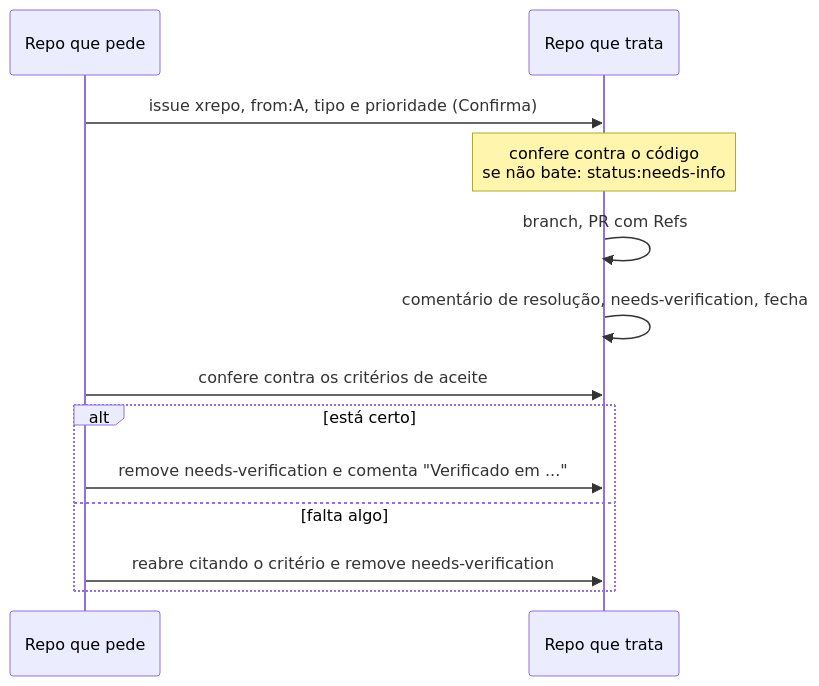
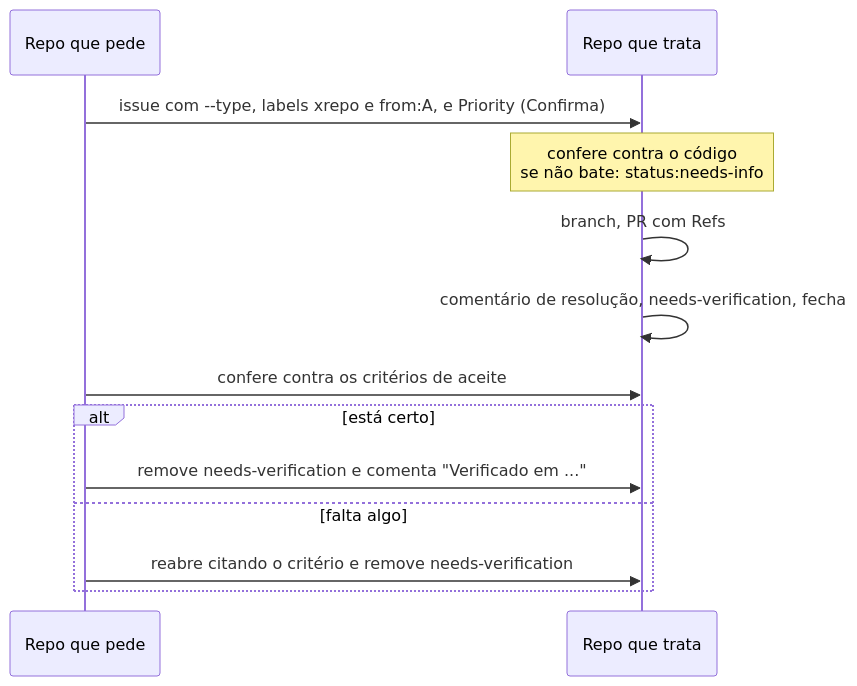
One commit to diego-castilho/dev-standards changed the tenth of 13 diagrams in docs/REGRAS.md. Above: the diagram before and after it, drawn with Mermaid. The commit also changed other lines of this file and 30 other files, not shown here.

````diff
--- a/docs/REGRAS.md
+++ b/docs/REGRAS.md
@@ -311,15 +361,15 @@
 ```mermaid
 sequenceDiagram
   participant A as Repo que pede
   participant B as Repo que trata
-  A->>B: issue xrepo, from:A, tipo e prioridade (Confirma)
+  A->>B: issue com --type, labels xrepo e from:A, e Priority (Confirma)
   Note over B: confere contra o código<br/>se não bate: status:needs-info
   B->>B: branch, PR com Refs #N, merge na develop
   B->>B: comentário de resolução, needs-verification, fecha
   A->>B: confere contra os critérios de aceite
   alt está certo
     A->>B: remove needs-verification e comenta "Verificado em ..."
   else falta algo
     A->>B: reabre citando o critério e remove needs-verification
   end
 ```
````
